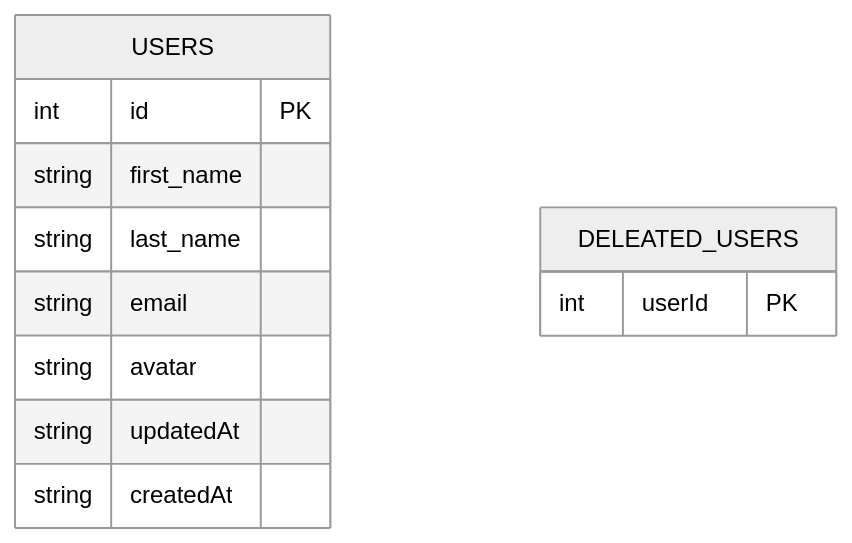
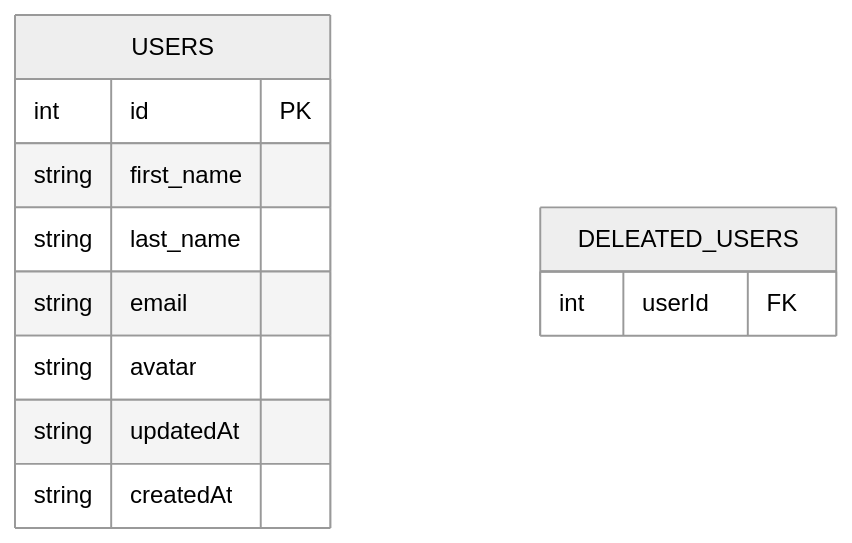
Before and after one commit to netanel97/easy-sale_assignment: the diagram in README.md, drawn with Mermaid (neutral theme). The commit also changed other lines of this file, not shown here.

````diff
--- a/README.md
+++ b/README.md
@@ -85,16 +85,16 @@
 ```mermaid
 erDiagram
     USERS {
         int id PK
         string first_name
         string last_name
         string email
         string avatar
         string updatedAt
         string createdAt
     }
     DELEATED_USERS {
-        int userId PK
+        int userId FK
      
     }
 ```
````
